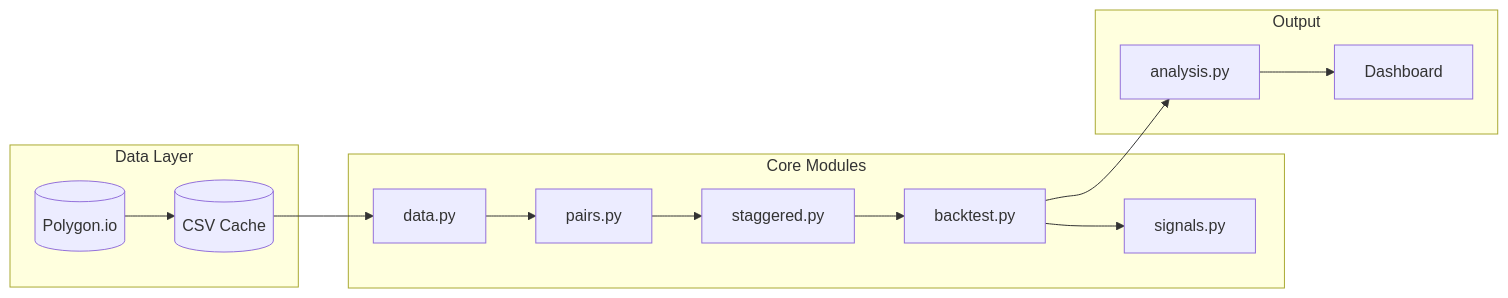
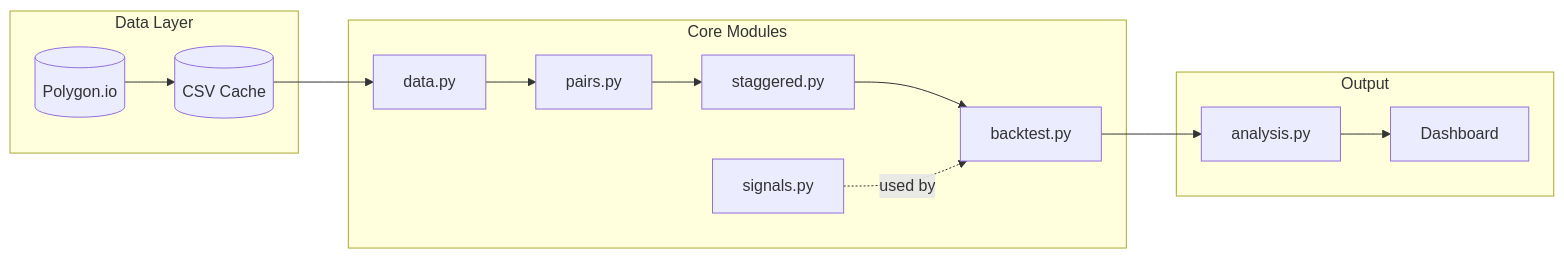
One commit to dhrstrijker/ggr-backtest changed the first of 4 diagrams in README.md. Above: the diagram before and after it, drawn with Mermaid. The commit also changed other lines of this file and 8 other files, not shown here.

````diff
--- a/README.md
+++ b/README.md
@@ -19,22 +19,22 @@
 ```mermaid
 flowchart LR
     subgraph Data["Data Layer"]
         API[("Polygon.io")] --> CACHE[("CSV Cache")]
     end
 
     subgraph Core["Core Modules"]
         DATA[data.py] --> PAIRS[pairs.py]
         PAIRS --> STAGGERED[staggered.py]
         STAGGERED --> BACKTEST[backtest.py]
-        BACKTEST --> SIGNALS[signals.py]
+        SIGNALS[signals.py] -.->|used by| BACKTEST
     end
 
     subgraph Output["Output"]
         ANALYSIS[analysis.py]
         DASHBOARD[Dashboard]
     end
 
     CACHE --> DATA
     BACKTEST --> ANALYSIS
     ANALYSIS --> DASHBOARD
 ```
````
